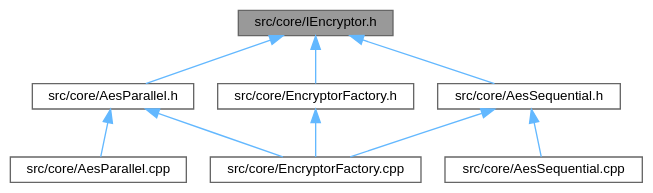
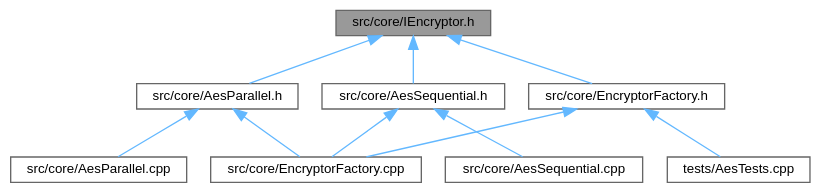
One commit to wwerniss/aes-encryptor changed the diagram in IEncryptor_8h__dep__incl.dot. Above: the diagram before and after it, drawn with Graphviz. The commit also changed 65 other files, not shown here.

```diff
--- a/IEncryptor_8h__dep__incl.dot
+++ b/IEncryptor_8h__dep__incl.dot
@@ -1,22 +1,24 @@
 digraph "src/core/IEncryptor.h"
 {
  // LATEX_PDF_SIZE
   bgcolor="transparent";
   edge [fontname=Helvetica,fontsize=10,labelfontname=Helvetica,labelfontsize=10];
   node [fontname=Helvetica,fontsize=10,shape=box,height=0.2,width=0.4];
   Node1 [id="Node000001",label="src/core/IEncryptor.h",height=0.2,width=0.4,color="gray40", fillcolor="grey60", style="filled", fontcolor="black",tooltip=" "];
   Node1 -> Node2 [id="edge1_Node000001_Node000002",dir="back",color="steelblue1",style="solid",tooltip=" "];
   Node2 [id="Node000002",label="src/core/AesParallel.h",height=0.2,width=0.4,color="grey40", fillcolor="white", style="filled",URL="$AesParallel_8h.html",tooltip=" "];
   Node2 -> Node3 [id="edge2_Node000002_Node000003",dir="back",color="steelblue1",style="solid",tooltip=" "];
   Node3 [id="Node000003",label="src/core/AesParallel.cpp",height=0.2,width=0.4,color="grey40", fillcolor="white", style="filled",URL="$AesParallel_8cpp.html",tooltip=" "];
   Node2 -> Node4 [id="edge3_Node000002_Node000004",dir="back",color="steelblue1",style="solid",tooltip=" "];
   Node4 [id="Node000004",label="src/core/EncryptorFactory.cpp",height=0.2,width=0.4,color="grey40", fillcolor="white", style="filled",URL="$EncryptorFactory_8cpp.html",tooltip=" "];
   Node1 -> Node5 [id="edge4_Node000001_Node000005",dir="back",color="steelblue1",style="solid",tooltip=" "];
   Node5 [id="Node000005",label="src/core/AesSequential.h",height=0.2,width=0.4,color="grey40", fillcolor="white", style="filled",URL="$AesSequential_8h.html",tooltip=" "];
   Node5 -> Node6 [id="edge5_Node000005_Node000006",dir="back",color="steelblue1",style="solid",tooltip=" "];
   Node6 [id="Node000006",label="src/core/AesSequential.cpp",height=0.2,width=0.4,color="grey40", fillcolor="white", style="filled",URL="$AesSequential_8cpp.html",tooltip=" "];
   Node5 -> Node4 [id="edge6_Node000005_Node000004",dir="back",color="steelblue1",style="solid",tooltip=" "];
   Node1 -> Node7 [id="edge7_Node000001_Node000007",dir="back",color="steelblue1",style="solid",tooltip=" "];
   Node7 [id="Node000007",label="src/core/EncryptorFactory.h",height=0.2,width=0.4,color="grey40", fillcolor="white", style="filled",URL="$EncryptorFactory_8h.html",tooltip=" "];
   Node7 -> Node4 [id="edge8_Node000007_Node000004",dir="back",color="steelblue1",style="solid",tooltip=" "];
+  Node7 -> Node8 [id="edge9_Node000007_Node000008",dir="back",color="steelblue1",style="solid",tooltip=" "];
+  Node8 [id="Node000008",label="tests/AesTests.cpp",height=0.2,width=0.4,color="grey40", fillcolor="white", style="filled",URL="$AesTests_8cpp.html",tooltip=" "];
 }
```
